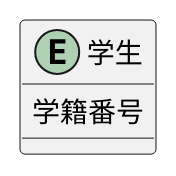
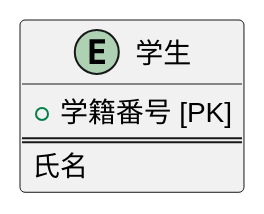
The diagram in DB/E-R図/詳細E-R図.md (Aso2001133/2021sys-design), drawn with PlantUML before and after one commit.

````diff
--- a/DB/E-R図/詳細E-R図.md
+++ b/DB/E-R図/詳細E-R図.md
@@ -1,7 +1,9 @@
 ```puml
 @startuml
 entity "学生" {
-  学籍番号
+  + 学籍番号 [PK]
+  ==
+  氏名
 }
 @enduml
 ```
````
